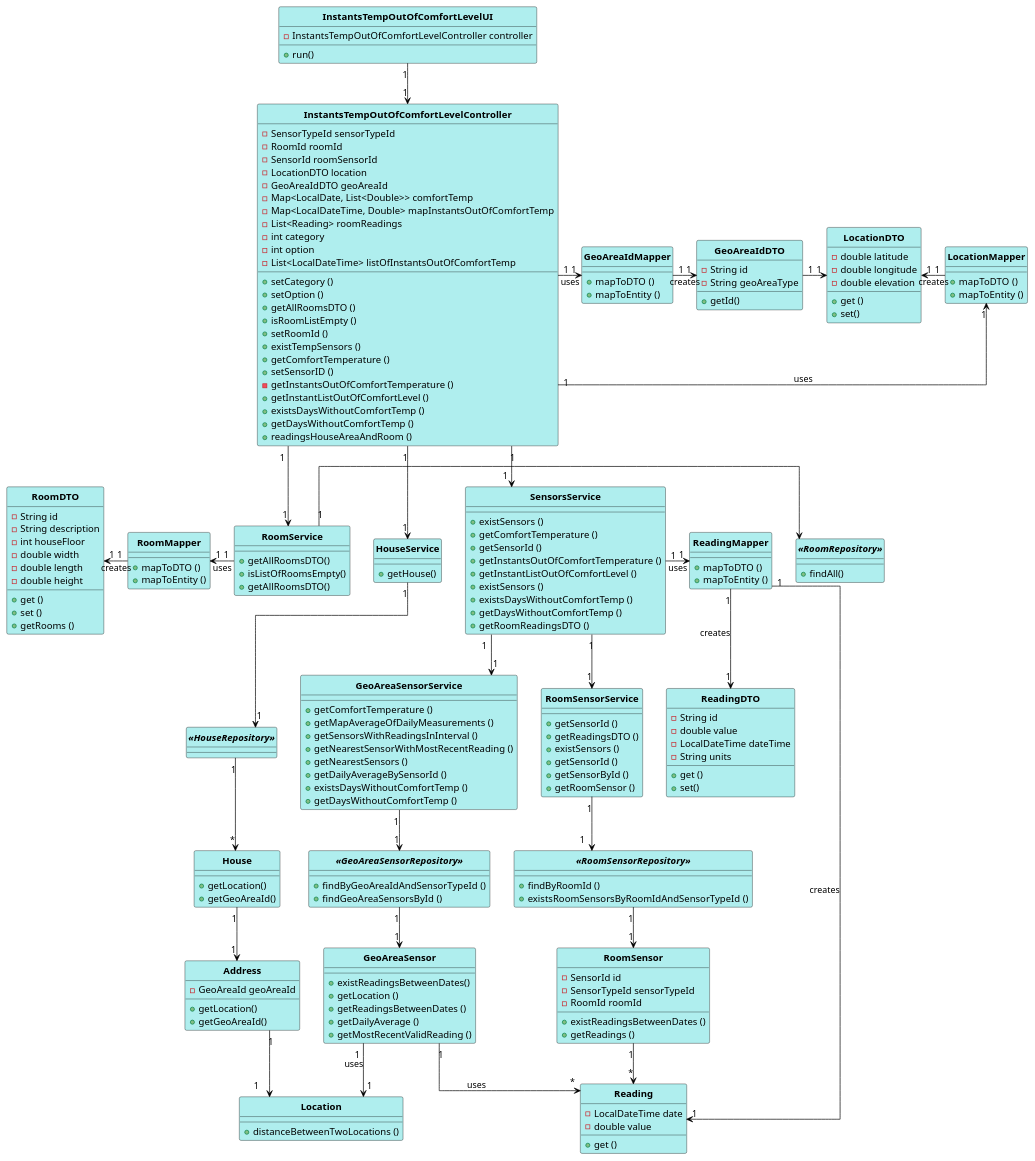
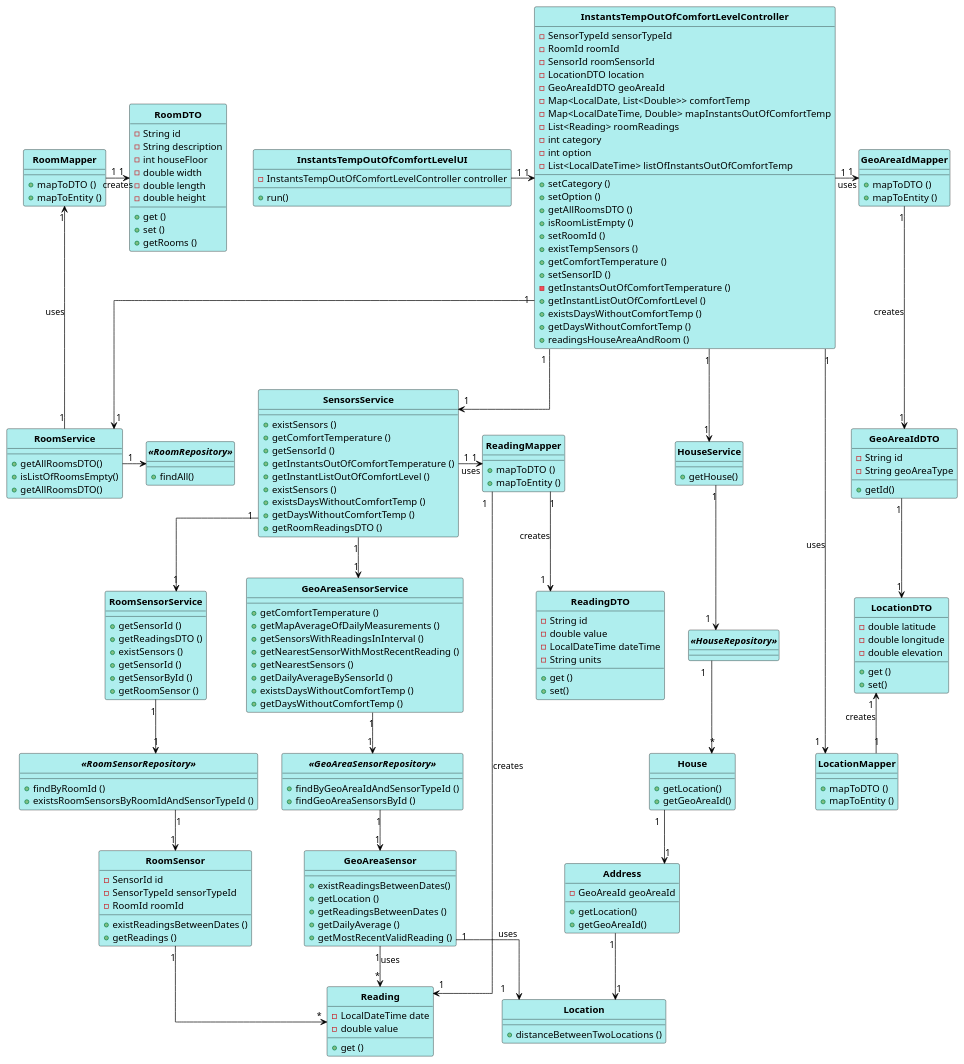
The diagram in src/main/java/pt/ipp/isep/dei/project/controllers/instantstempoutofcomfortlevelcontroller/CD_InstantsTempOutOfComfortLevel.puml (1181687/hateoasToy), drawn with PlantUML before and after one commit.

Commit message:
Changes to class diagram (addresses #235)

```diff
--- a/src/main/java/pt/ipp/isep/dei/project/controllers/instantstempoutofcomfortlevelcontroller/CD_InstantsTempOutOfComfortLevel.puml
+++ b/src/main/java/pt/ipp/isep/dei/project/controllers/instantstempoutofcomfortlevelcontroller/CD_InstantsTempOutOfComfortLevel.puml
@@ -12,7 +12,7 @@
 
 
 
-InstantsTempOutOfComfortLevelUI "1" --> "1" InstantsTempOutOfComfortLevelController
+InstantsTempOutOfComfortLevelUI "1" -right-> "1" InstantsTempOutOfComfortLevelController
 InstantsTempOutOfComfortLevelController "1" --> "1" HouseService
 InstantsTempOutOfComfortLevelController "1" --> "1" "RoomService"
 InstantsTempOutOfComfortLevelController "1" --> "1" SensorsService
@@ -33,13 +33,13 @@
 SensorsService "1" -> "1" ReadingMapper: uses
 ReadingMapper "1" -> "1" Reading: creates
 ReadingMapper "1" --> "1" ReadingDTO: creates
-RoomService "1" -left-> "1" RoomMapper: uses
-RoomMapper "1" -left-> "1" RoomDTO: creates
-InstantsTempOutOfComfortLevelController "1" -right-> "1" LocationMapper: uses
-LocationMapper "1" -up> "1" LocationDTO: creates
+RoomService "1" -up-> "1" RoomMapper: uses
+RoomMapper "1" -right-> "1" RoomDTO: creates
+InstantsTempOutOfComfortLevelController "1" -> "1" LocationMapper: uses
+LocationMapper "1" -up-> "1" LocationDTO: creates
 InstantsTempOutOfComfortLevelController "1" -right-> "1" GeoAreaIdMapper: uses
-GeoAreaIdMapper "1" -> "1" GeoAreaIdDTO: creates
-GeoAreaIdDTO "1" -> "1" LocationDTO
+GeoAreaIdMapper "1" -down-> "1" GeoAreaIdDTO: creates
+GeoAreaIdDTO "1" -down-> "1" LocationDTO
 
 
 
```
